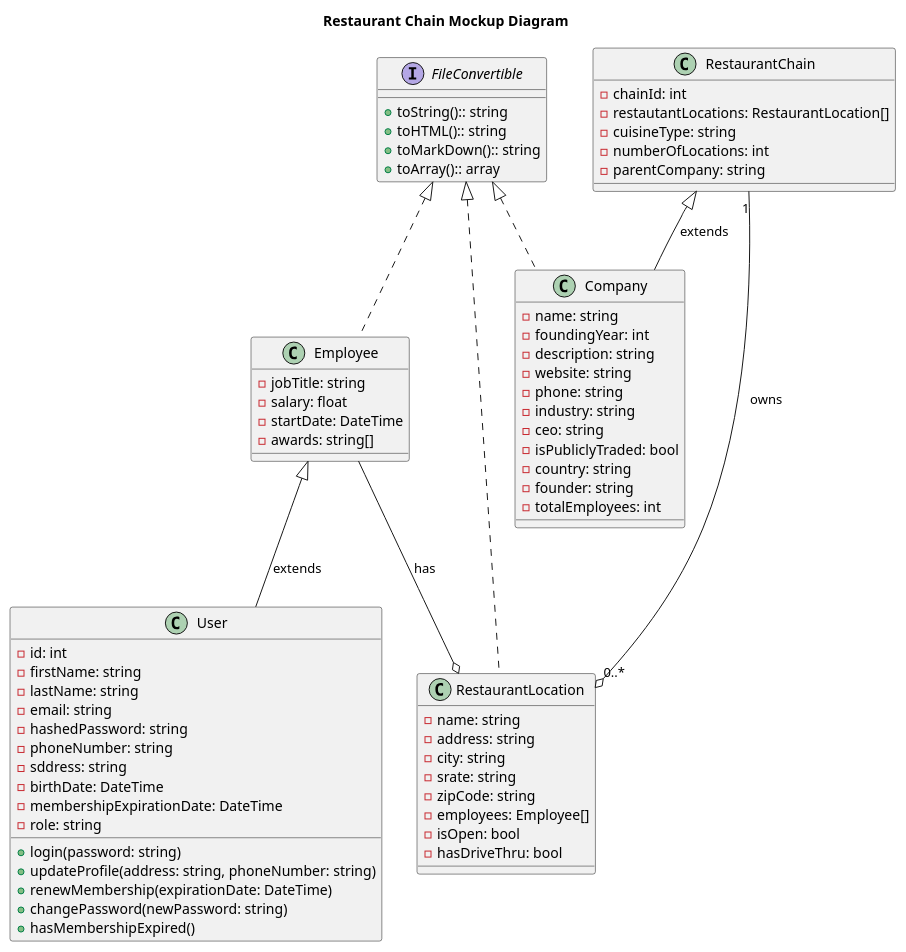
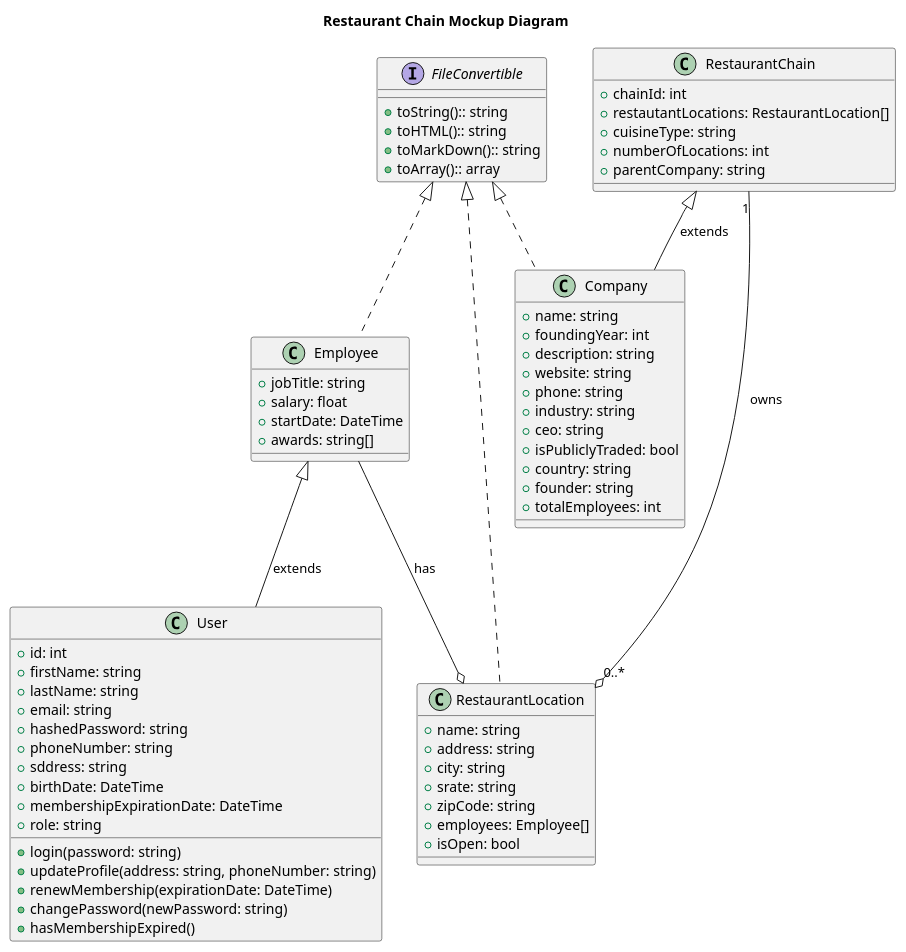
The diagram in UML.pu (mthd0918/Restaurant-Chain-Mockup), drawn with PlantUML before and after one commit. The commit also changed 11 other files, not shown here.

```diff
--- a/UML.pu
+++ b/UML.pu
@@ -1,79 +1,78 @@
 @startuml RestaurantChainMockupDiagram
 
 title Restaurant Chain Mockup Diagram
 
 interface FileConvertible {
     + toString():: string
     + toHTML():: string
     + toMarkDown():: string
     + toArray():: array
 }
 
 class RestaurantChain {
-    - chainId: int
-    - restautantLocations: RestaurantLocation[]
-    - cuisineType: string
-    - numberOfLocations: int
-    - parentCompany: string
+    + chainId: int
+    + restautantLocations: RestaurantLocation[]
+    + cuisineType: string
+    + numberOfLocations: int
+    + parentCompany: string
 }
 
 class Company {
-    - name: string
-    - foundingYear: int
-    - description: string
-    - website: string
-    - phone: string
-    - industry: string
-    - ceo: string
-    - isPubliclyTraded: bool
-    - country: string
-    - founder: string
-    - totalEmployees: int
+    + name: string
+    + foundingYear: int
+    + description: string
+    + website: string
+    + phone: string
+    + industry: string
+    + ceo: string
+    + isPubliclyTraded: bool
+    + country: string
+    + founder: string
+    + totalEmployees: int
 }
 
 class RestaurantLocation {
-    - name: string
-    - address: string
-    - city: string
-    - srate: string
-    - zipCode: string
-    - employees: Employee[]
-    - isOpen: bool
-    - hasDriveThru: bool
+    + name: string
+    + address: string
+    + city: string
+    + srate: string
+    + zipCode: string
+    + employees: Employee[]
+    + isOpen: bool
 }
 
 class Employee {
-    - jobTitle: string
-    - salary: float
-    - startDate: DateTime
-    - awards: string[]
+    + jobTitle: string
+    + salary: float
+    + startDate: DateTime
+    + awards: string[]
 }
 
 class User {
-    - id: int
-    - firstName: string
-    - lastName: string
-    - email: string
-    - hashedPassword: string
-    - phoneNumber: string
-    - sddress: string
-    - birthDate: DateTime
-    - membershipExpirationDate: DateTime
-    - role: string
+    + id: int
+    + firstName: string
+    + lastName: string
+    + email: string
+    + hashedPassword: string
+    + phoneNumber: string
+    + sddress: string
+    + birthDate: DateTime
+    + membershipExpirationDate: DateTime
+    + role: string
 
     + login(password: string)
     + updateProfile(address: string, phoneNumber: string)
     + renewMembership(expirationDate: DateTime)
     + changePassword(newPassword: string)
     + hasMembershipExpired()
 }
 
 FileConvertible <|.. Company
 FileConvertible <|.. RestaurantLocation
 FileConvertible <|.. Employee
 RestaurantChain <|-- Company: extends
 RestaurantChain "1" --o "0..*" RestaurantLocation: owns
 Employee --o RestaurantLocation: has
 Employee <|-- User: extends
 
 @enduml
```
